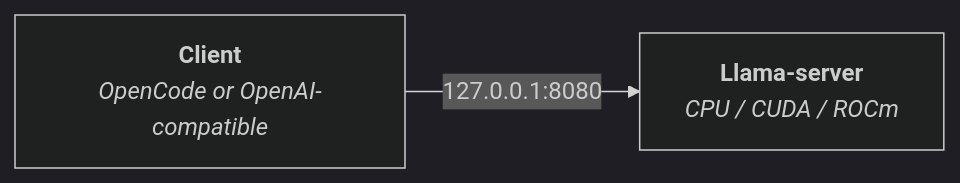
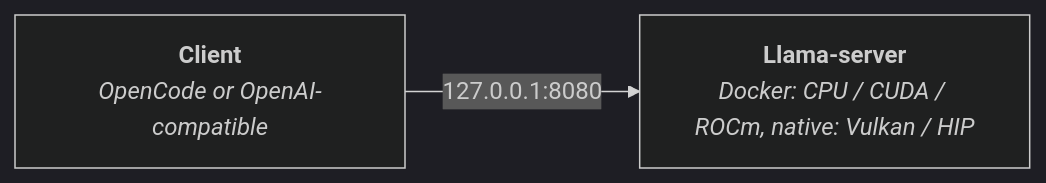
Before and after one commit to maximedrn/llama-opencode-remote-server: the first of 2 diagrams in README.md, drawn with Mermaid (dark theme). The commit also changed other lines of this file and 43 other files, not shown here.

````diff
--- a/README.md
+++ b/README.md
@@ -52,7 +55,7 @@
 ```mermaid
 flowchart LR
     A["<strong>Client</strong><br/><i>OpenCode or OpenAI-compatible</i>"]
-    B["<strong>Llama-server</strong><br/><i>CPU / CUDA / ROCm</i>"]
+    B["<strong>Llama-server</strong><br/><i>Docker: CPU / CUDA / ROCm, native: Vulkan / HIP</i>"]
 
     A -->|"127.0.0.1:8080"| B
 ```
````
